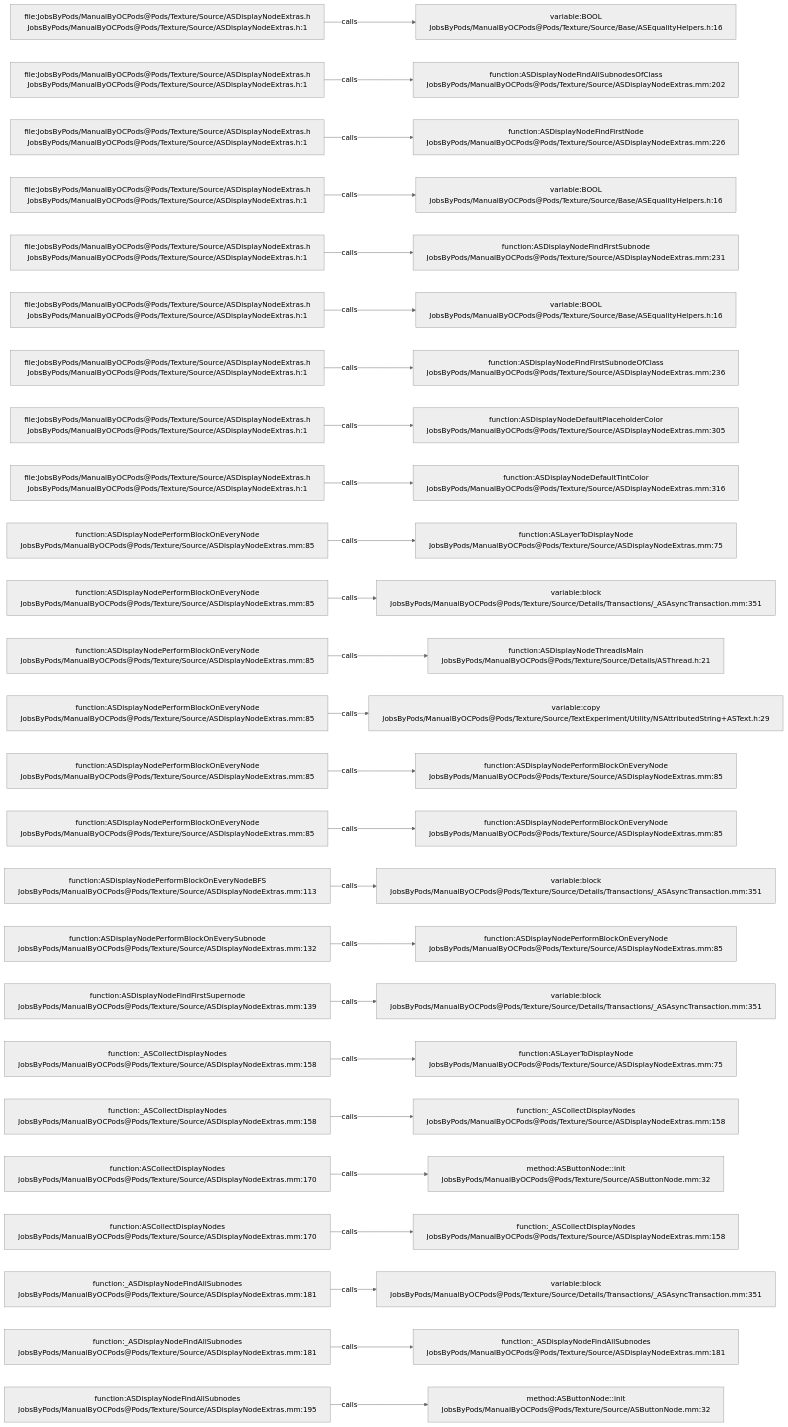
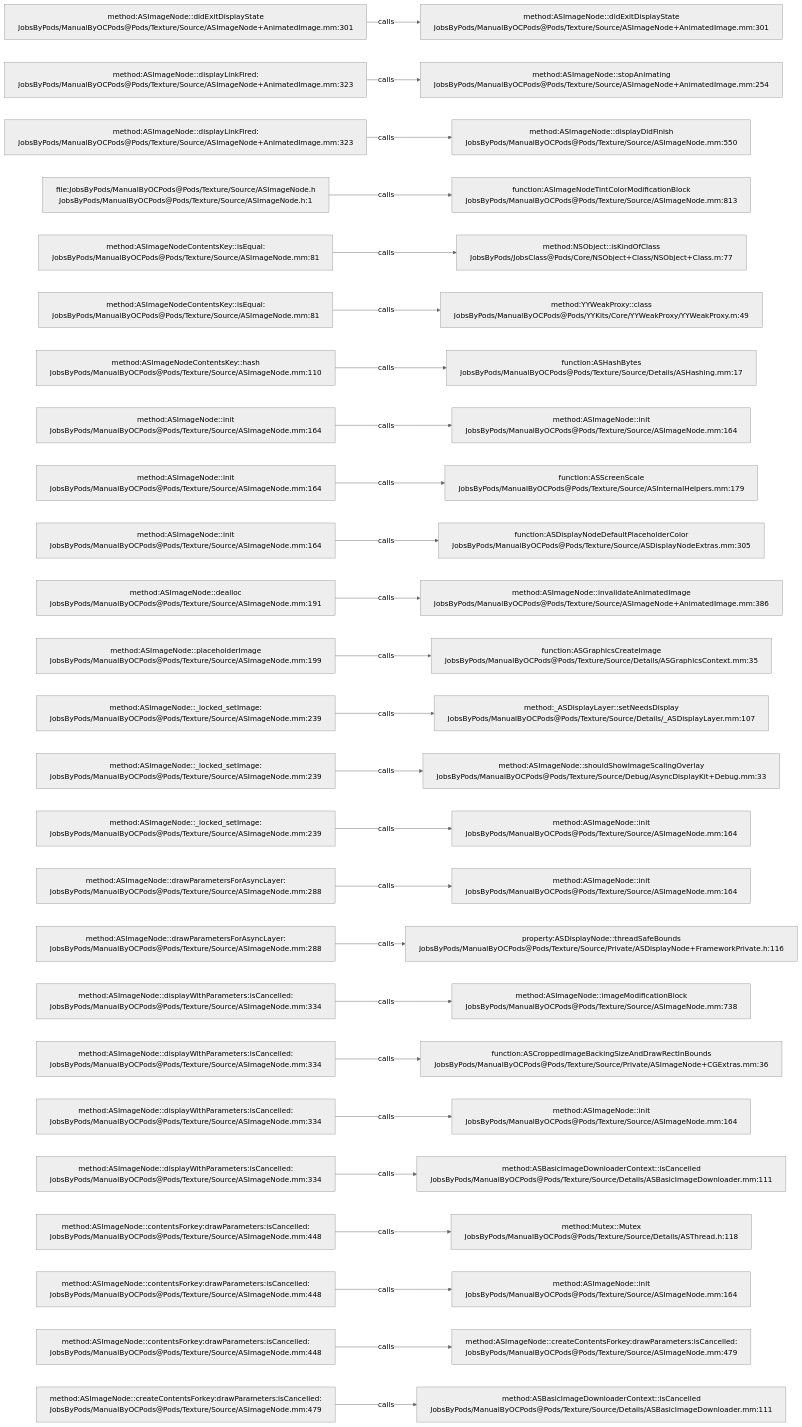
One commit to JobsKits/JobsOCBaseConfigDemo changed the diagram in .codegraph/codegraph.md/graphs/calls-107.md. Above: the diagram before and after it, drawn with Mermaid (neutral theme). The commit also changed 1353 other files, not shown here.

````diff
--- a/.codegraph/codegraph.md/graphs/calls-107.md
+++ b/.codegraph/codegraph.md/graphs/calls-107.md
@@ -13,78 +13,78 @@
 ```mermaid
 flowchart LR
-  S1["file:JobsByPods/ManualByOCPods@Pods/Texture/Source/ASDisplayNodeExtras.h<br/>JobsByPods/ManualByOCPods@Pods/Texture/Source/ASDisplayNodeExtras.h:1"]
-  T1["variable:BOOL<br/>JobsByPods/ManualByOCPods@Pods/Texture/Source/Base/ASEqualityHelpers.h:16"]
+  S1["method:ASImageNode::didExitDisplayState<br/>JobsByPods/ManualByOCPods@Pods/Texture/Source/ASImageNode+AnimatedImage.mm:301"]
+  T1["method:ASImageNode::didExitDisplayState<br/>JobsByPods/ManualByOCPods@Pods/Texture/Source/ASImageNode+AnimatedImage.mm:301"]
   S1 -->|calls| T1
-  S2["file:JobsByPods/ManualByOCPods@Pods/Texture/Source/ASDisplayNodeExtras.h<br/>JobsByPods/ManualByOCPods@Pods/Texture/Source/ASDisplayNodeExtras.h:1"]
-  T2["function:ASDisplayNodeFindAllSubnodesOfClass<br/>JobsByPods/ManualByOCPods@Pods/Texture/Source/ASDisplayNodeExtras.mm:202"]
+  S2["method:ASImageNode::displayLinkFired:<br/>JobsByPods/ManualByOCPods@Pods/Texture/Source/ASImageNode+AnimatedImage.mm:323"]
+  T2["method:ASImageNode::stopAnimating<br/>JobsByPods/ManualByOCPods@Pods/Texture/Source/ASImageNode+AnimatedImage.mm:254"]
   S2 -->|calls| T2
-  S3["file:JobsByPods/ManualByOCPods@Pods/Texture/Source/ASDisplayNodeExtras.h<br/>JobsByPods/ManualByOCPods@Pods/Texture/Source/ASDisplayNodeExtras.h:1"]
-  T3["function:ASDisplayNodeFindFirstNode<br/>JobsByPods/ManualByOCPods@Pods/Texture/Source/ASDisplayNodeExtras.mm:226"]
+  S3["method:ASImageNode::displayLinkFired:<br/>JobsByPods/ManualByOCPods@Pods/Texture/Source/ASImageNode+AnimatedImage.mm:323"]
+  T3["method:ASImageNode::displayDidFinish<br/>JobsByPods/ManualByOCPods@Pods/Texture/Source/ASImageNode.mm:550"]
   S3 -->|calls| T3
-  S4["file:JobsByPods/ManualByOCPods@Pods/Texture/Source/ASDisplayNodeExtras.h<br/>JobsByPods/ManualByOCPods@Pods/Texture/Source/ASDisplayNodeExtras.h:1"]
-  T4["variable:BOOL<br/>JobsByPods/ManualByOCPods@Pods/Texture/Source/Base/ASEqualityHelpers.h:16"]
+  S4["file:JobsByPods/ManualByOCPods@Pods/Texture/Source/ASImageNode.h<br/>JobsByPods/ManualByOCPods@Pods/Texture/Source/ASImageNode.h:1"]
+  T4["function:ASImageNodeTintColorModificationBlock<br/>JobsByPods/ManualByOCPods@Pods/Texture/Source/ASImageNode.mm:813"]
   S4 -->|calls| T4
-  S5["file:JobsByPods/ManualByOCPods@Pods/Texture/Source/ASDisplayNodeExtras.h<br/>JobsByPods/ManualByOCPods@Pods/Texture/Source/ASDisplayNodeExtras.h:1"]
-  T5["function:ASDisplayNodeFindFirstSubnode<br/>JobsByPods/ManualByOCPods@Pods/Texture/Source/ASDisplayNodeExtras.mm:231"]
+  S5["method:ASImageNodeContentsKey::isEqual:<br/>JobsByPods/ManualByOCPods@Pods/Texture/Source/ASImageNode.mm:81"]
+  T5["method:NSObject::isKindOfClass<br/>JobsByPods/JobsClass@Pods/Core/NSObject+Class/NSObject+Class.m:77"]
   S5 -->|calls| T5
-  S6["file:JobsByPods/ManualByOCPods@Pods/Texture/Source/ASDisplayNodeExtras.h<br/>JobsByPods/ManualByOCPods@Pods/Texture/Source/ASDisplayNodeExtras.h:1"]
-  T6["variable:BOOL<br/>JobsByPods/ManualByOCPods@Pods/Texture/Source/Base/ASEqualityHelpers.h:16"]
+  S6["method:ASImageNodeContentsKey::isEqual:<br/>JobsByPods/ManualByOCPods@Pods/Texture/Source/ASImageNode.mm:81"]
+  T6["method:YYWeakProxy::class<br/>JobsByPods/ManualByOCPods@Pods/YYKits/Core/YYWeakProxy/YYWeakProxy.m:49"]
   S6 -->|calls| T6
-  S7["file:JobsByPods/ManualByOCPods@Pods/Texture/Source/ASDisplayNodeExtras.h<br/>JobsByPods/ManualByOCPods@Pods/Texture/Source/ASDisplayNodeExtras.h:1"]
-  T7["function:ASDisplayNodeFindFirstSubnodeOfClass<br/>JobsByPods/ManualByOCPods@Pods/Texture/Source/ASDisplayNodeExtras.mm:236"]
+  S7["method:ASImageNodeContentsKey::hash<br/>JobsByPods/ManualByOCPods@Pods/Texture/Source/ASImageNode.mm:110"]
+  T7["function:ASHashBytes<br/>JobsByPods/ManualByOCPods@Pods/Texture/Source/Details/ASHashing.mm:17"]
   S7 -->|calls| T7
-  S8["file:JobsByPods/ManualByOCPods@Pods/Texture/Source/ASDisplayNodeExtras.h<br/>JobsByPods/ManualByOCPods@Pods/Texture/Source/ASDisplayNodeExtras.h:1"]
-  T8["function:ASDisplayNodeDefaultPlaceholderColor<br/>JobsByPods/ManualByOCPods@Pods/Texture/Source/ASDisplayNodeExtras.mm:305"]
+  S8["method:ASImageNode::init<br/>JobsByPods/ManualByOCPods@Pods/Texture/Source/ASImageNode.mm:164"]
+  T8["method:ASImageNode::init<br/>JobsByPods/ManualByOCPods@Pods/Texture/Source/ASImageNode.mm:164"]
   S8 -->|calls| T8
-  S9["file:JobsByPods/ManualByOCPods@Pods/Texture/Source/ASDisplayNodeExtras.h<br/>JobsByPods/ManualByOCPods@Pods/Texture/Source/ASDisplayNodeExtras.h:1"]
-  T9["function:ASDisplayNodeDefaultTintColor<br/>JobsByPods/ManualByOCPods@Pods/Texture/Source/ASDisplayNodeExtras.mm:316"]
+  S9["method:ASImageNode::init<br/>JobsByPods/ManualByOCPods@Pods/Texture/Source/ASImageNode.mm:164"]
+  T9["function:ASScreenScale<br/>JobsByPods/ManualByOCPods@Pods/Texture/Source/ASInternalHelpers.mm:179"]
   S9 -->|calls| T9
-  S10["function:ASDisplayNodePerformBlockOnEveryNode<br/>JobsByPods/ManualByOCPods@Pods/Texture/Source/ASDisplayNodeExtras.mm:85"]
-  T10["function:ASLayerToDisplayNode<br/>JobsByPods/ManualByOCPods@Pods/Texture/Source/ASDisplayNodeExtras.mm:75"]
+  S10["method:ASImageNode::init<br/>JobsByPods/ManualByOCPods@Pods/Texture/Source/ASImageNode.mm:164"]
+  T10["function:ASDisplayNodeDefaultPlaceholderColor<br/>JobsByPods/ManualByOCPods@Pods/Texture/Source/ASDisplayNodeExtras.mm:305"]
   S10 -->|calls| T10
-  S11["function:ASDisplayNodePerformBlockOnEveryNode<br/>JobsByPods/ManualByOCPods@Pods/Texture/Source/ASDisplayNodeExtras.mm:85"]
-  T11["variable:block<br/>JobsByPods/ManualByOCPods@Pods/Texture/Source/Details/Transactions/_ASAsyncTransaction.mm:351"]
+  S11["method:ASImageNode::dealloc<br/>JobsByPods/ManualByOCPods@Pods/Texture/Source/ASImageNode.mm:191"]
+  T11["method:ASImageNode::invalidateAnimatedImage<br/>JobsByPods/ManualByOCPods@Pods/Texture/Source/ASImageNode+AnimatedImage.mm:386"]
   S11 -->|calls| T11
-  S12["function:ASDisplayNodePerformBlockOnEveryNode<br/>JobsByPods/ManualByOCPods@Pods/Texture/Source/ASDisplayNodeExtras.mm:85"]
-  T12["function:ASDisplayNodeThreadIsMain<br/>JobsByPods/ManualByOCPods@Pods/Texture/Source/Details/ASThread.h:21"]
+  S12["method:ASImageNode::placeholderImage<br/>JobsByPods/ManualByOCPods@Pods/Texture/Source/ASImageNode.mm:199"]
+  T12["function:ASGraphicsCreateImage<br/>JobsByPods/ManualByOCPods@Pods/Texture/Source/Details/ASGraphicsContext.mm:35"]
   S12 -->|calls| T12
-  S13["function:ASDisplayNodePerformBlockOnEveryNode<br/>JobsByPods/ManualByOCPods@Pods/Texture/Source/ASDisplayNodeExtras.mm:85"]
-  T13["variable:copy<br/>JobsByPods/ManualByOCPods@Pods/Texture/Source/TextExperiment/Utility/NSAttributedString+ASText.h:29"]
+  S13["method:ASImageNode::_locked_setImage:<br/>JobsByPods/ManualByOCPods@Pods/Texture/Source/ASImageNode.mm:239"]
+  T13["method:_ASDisplayLayer::setNeedsDisplay<br/>JobsByPods/ManualByOCPods@Pods/Texture/Source/Details/_ASDisplayLayer.mm:107"]
   S13 -->|calls| T13
-  S14["function:ASDisplayNodePerformBlockOnEveryNode<br/>JobsByPods/ManualByOCPods@Pods/Texture/Source/ASDisplayNodeExtras.mm:85"]
-  T14["function:ASDisplayNodePerformBlockOnEveryNode<br/>JobsByPods/ManualByOCPods@Pods/Texture/Source/ASDisplayNodeExtras.mm:85"]
+  S14["method:ASImageNode::_locked_setImage:<br/>JobsByPods/ManualByOCPods@Pods/Texture/Source/ASImageNode.mm:239"]
+  T14["method:ASImageNode::shouldShowImageScalingOverlay<br/>JobsByPods/ManualByOCPods@Pods/Texture/Source/Debug/AsyncDisplayKit+Debug.mm:33"]
   S14 -->|calls| T14
-  S15["function:ASDisplayNodePerformBlockOnEveryNode<br/>JobsByPods/ManualByOCPods@Pods/Texture/Source/ASDisplayNodeExtras.mm:85"]
-  T15["function:ASDisplayNodePerformBlockOnEveryNode<br/>JobsByPods/ManualByOCPods@Pods/Texture/Source/ASDisplayNodeExtras.mm:85"]
+  S15["method:ASImageNode::_locked_setImage:<br/>JobsByPods/ManualByOCPods@Pods/Texture/Source/ASImageNode.mm:239"]
+  T15["method:ASImageNode::init<br/>JobsByPods/ManualByOCPods@Pods/Texture/Source/ASImageNode.mm:164"]
   S15 -->|calls| T15
-  S16["function:ASDisplayNodePerformBlockOnEveryNodeBFS<br/>JobsByPods/ManualByOCPods@Pods/Texture/Source/ASDisplayNodeExtras.mm:113"]
-  T16["variable:block<br/>JobsByPods/ManualByOCPods@Pods/Texture/Source/Details/Transactions/_ASAsyncTransaction.mm:351"]
+  S16["method:ASImageNode::drawParametersForAsyncLayer:<br/>JobsByPods/ManualByOCPods@Pods/Texture/Source/ASImageNode.mm:288"]
+  T16["method:ASImageNode::init<br/>JobsByPods/ManualByOCPods@Pods/Texture/Source/ASImageNode.mm:164"]
   S16 -->|calls| T16
-  S17["function:ASDisplayNodePerformBlockOnEverySubnode<br/>JobsByPods/ManualByOCPods@Pods/Texture/Source/ASDisplayNodeExtras.mm:132"]
-  T17["function:ASDisplayNodePerformBlockOnEveryNode<br/>JobsByPods/ManualByOCPods@Pods/Texture/Source/ASDisplayNodeExtras.mm:85"]
+  S17["method:ASImageNode::drawParametersForAsyncLayer:<br/>JobsByPods/ManualByOCPods@Pods/Texture/Source/ASImageNode.mm:288"]
+  T17["property:ASDisplayNode::threadSafeBounds<br/>JobsByPods/ManualByOCPods@Pods/Texture/Source/Private/ASDisplayNode+FrameworkPrivate.h:116"]
   S17 -->|calls| T17
-  S18["function:ASDisplayNodeFindFirstSupernode<br/>JobsByPods/ManualByOCPods@Pods/Texture/Source/ASDisplayNodeExtras.mm:139"]
-  T18["variable:block<br/>JobsByPods/ManualByOCPods@Pods/Texture/Source/Details/Transactions/_ASAsyncTransaction.mm:351"]
+  S18["method:ASImageNode::displayWithParameters:isCancelled:<br/>JobsByPods/ManualByOCPods@Pods/Texture/Source/ASImageNode.mm:334"]
+  T18["method:ASImageNode::imageModificationBlock<br/>JobsByPods/ManualByOCPods@Pods/Texture/Source/ASImageNode.mm:738"]
   S18 -->|calls| T18
-  S19["function:_ASCollectDisplayNodes<br/>JobsByPods/ManualByOCPods@Pods/Texture/Source/ASDisplayNodeExtras.mm:158"]
-  T19["function:ASLayerToDisplayNode<br/>JobsByPods/ManualByOCPods@Pods/Texture/Source/ASDisplayNodeExtras.mm:75"]
+  S19["method:ASImageNode::displayWithParameters:isCancelled:<br/>JobsByPods/ManualByOCPods@Pods/Texture/Source/ASImageNode.mm:334"]
+  T19["function:ASCroppedImageBackingSizeAndDrawRectInBounds<br/>JobsByPods/ManualByOCPods@Pods/Texture/Source/Private/ASImageNode+CGExtras.mm:36"]
   S19 -->|calls| T19
-  S20["function:_ASCollectDisplayNodes<br/>JobsByPods/ManualByOCPods@Pods/Texture/Source/ASDisplayNodeExtras.mm:158"]
-  T20["function:_ASCollectDisplayNodes<br/>JobsByPods/ManualByOCPods@Pods/Texture/Source/ASDisplayNodeExtras.mm:158"]
+  S20["method:ASImageNode::displayWithParameters:isCancelled:<br/>JobsByPods/ManualByOCPods@Pods/Texture/Source/ASImageNode.mm:334"]
+  T20["method:ASImageNode::init<br/>JobsByPods/ManualByOCPods@Pods/Texture/Source/ASImageNode.mm:164"]
   S20 -->|calls| T20
-  S21["function:ASCollectDisplayNodes<br/>JobsByPods/ManualByOCPods@Pods/Texture/Source/ASDisplayNodeExtras.mm:170"]
-  T21["method:ASButtonNode::init<br/>JobsByPods/ManualByOCPods@Pods/Texture/Source/ASButtonNode.mm:32"]
+  S21["method:ASImageNode::displayWithParameters:isCancelled:<br/>JobsByPods/ManualByOCPods@Pods/Texture/Source/ASImageNode.mm:334"]
+  T21["method:ASBasicImageDownloaderContext::isCancelled<br/>JobsByPods/ManualByOCPods@Pods/Texture/Source/Details/ASBasicImageDownloader.mm:111"]
   S21 -->|calls| T21
-  S22["function:ASCollectDisplayNodes<br/>JobsByPods/ManualByOCPods@Pods/Texture/Source/ASDisplayNodeExtras.mm:170"]
-  T22["function:_ASCollectDisplayNodes<br/>JobsByPods/ManualByOCPods@Pods/Texture/Source/ASDisplayNodeExtras.mm:158"]
+  S22["method:ASImageNode::contentsForkey:drawParameters:isCancelled:<br/>JobsByPods/ManualByOCPods@Pods/Texture/Source/ASImageNode.mm:448"]
+  T22["method:Mutex::Mutex<br/>JobsByPods/ManualByOCPods@Pods/Texture/Source/Details/ASThread.h:118"]
   S22 -->|calls| T22
-  S23["function:_ASDisplayNodeFindAllSubnodes<br/>JobsByPods/ManualByOCPods@Pods/Texture/Source/ASDisplayNodeExtras.mm:181"]
-  T23["variable:block<br/>JobsByPods/ManualByOCPods@Pods/Texture/Source/Details/Transactions/_ASAsyncTransaction.mm:351"]
+  S23["method:ASImageNode::contentsForkey:drawParameters:isCancelled:<br/>JobsByPods/ManualByOCPods@Pods/Texture/Source/ASImageNode.mm:448"]
+  T23["method:ASImageNode::init<br/>JobsByPods/ManualByOCPods@Pods/Texture/Source/ASImageNode.mm:164"]
   S23 -->|calls| T23
-  S24["function:_ASDisplayNodeFindAllSubnodes<br/>JobsByPods/ManualByOCPods@Pods/Texture/Source/ASDisplayNodeExtras.mm:181"]
-  T24["function:_ASDisplayNodeFindAllSubnodes<br/>JobsByPods/ManualByOCPods@Pods/Texture/Source/ASDisplayNodeExtras.mm:181"]
+  S24["method:ASImageNode::contentsForkey:drawParameters:isCancelled:<br/>JobsByPods/ManualByOCPods@Pods/Texture/Source/ASImageNode.mm:448"]
+  T24["method:ASImageNode::createContentsForkey:drawParameters:isCancelled:<br/>JobsByPods/ManualByOCPods@Pods/Texture/Source/ASImageNode.mm:479"]
   S24 -->|calls| T24
-  S25["function:ASDisplayNodeFindAllSubnodes<br/>JobsByPods/ManualByOCPods@Pods/Texture/Source/ASDisplayNodeExtras.mm:195"]
-  T25["method:ASButtonNode::init<br/>JobsByPods/ManualByOCPods@Pods/Texture/Source/ASButtonNode.mm:32"]
+  S25["method:ASImageNode::createContentsForkey:drawParameters:isCancelled:<br/>JobsByPods/ManualByOCPods@Pods/Texture/Source/ASImageNode.mm:479"]
+  T25["method:ASBasicImageDownloaderContext::isCancelled<br/>JobsByPods/ManualByOCPods@Pods/Texture/Source/Details/ASBasicImageDownloader.mm:111"]
   S25 -->|calls| T25
 ```
````
